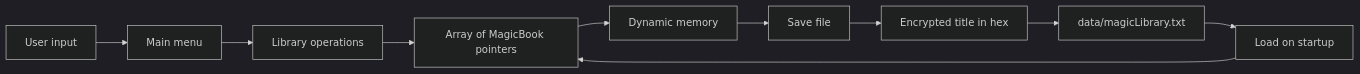
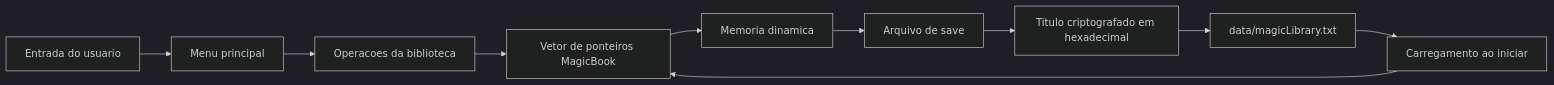
One commit to Euosaullo/mini-projeto-ip-magic-library changed the diagram in README.md. Above: the diagram before and after it, drawn with Mermaid (dark theme). The commit also changed other lines of this file, not shown here.

````diff
--- a/README.md
+++ b/README.md
@@ -273,12 +273,12 @@
 ```mermaid
 flowchart LR
-    A["User input"] --> B["Main menu"]
-    B --> C["Library operations"]
-    C --> D["Array of MagicBook pointers"]
-    D --> E["Dynamic memory"]
-    E --> F["Save file"]
-    F --> G["Encrypted title in hex"]
+    A["Entrada do usuario"] --> B["Menu principal"]
+    B --> C["Operacoes da biblioteca"]
+    C --> D["Vetor de ponteiros MagicBook"]
+    D --> E["Memoria dinamica"]
+    E --> F["Arquivo de save"]
+    F --> G["Titulo criptografado em hexadecimal"]
     G --> H["data/magicLibrary.txt"]
-    H --> I["Load on startup"]
+    H --> I["Carregamento ao iniciar"]
     I --> D
 ```
````
